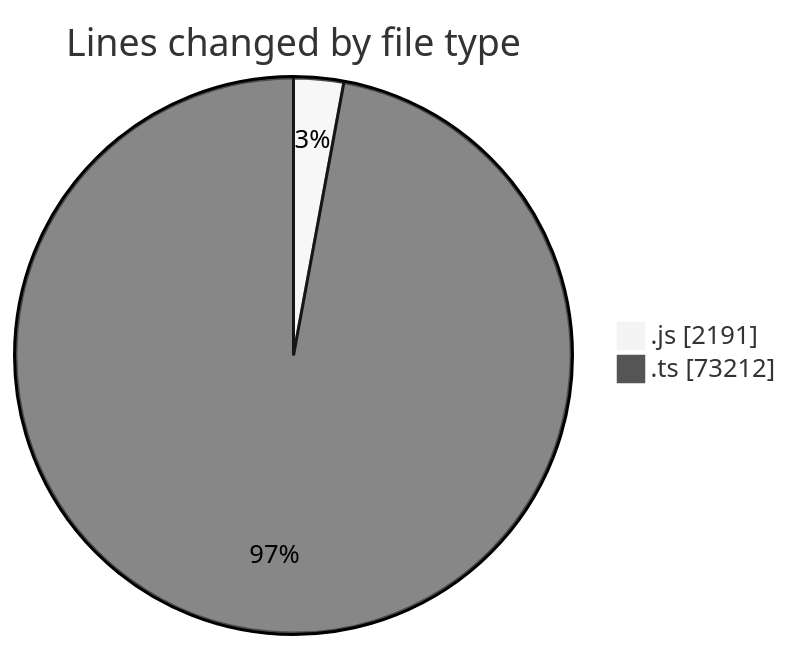
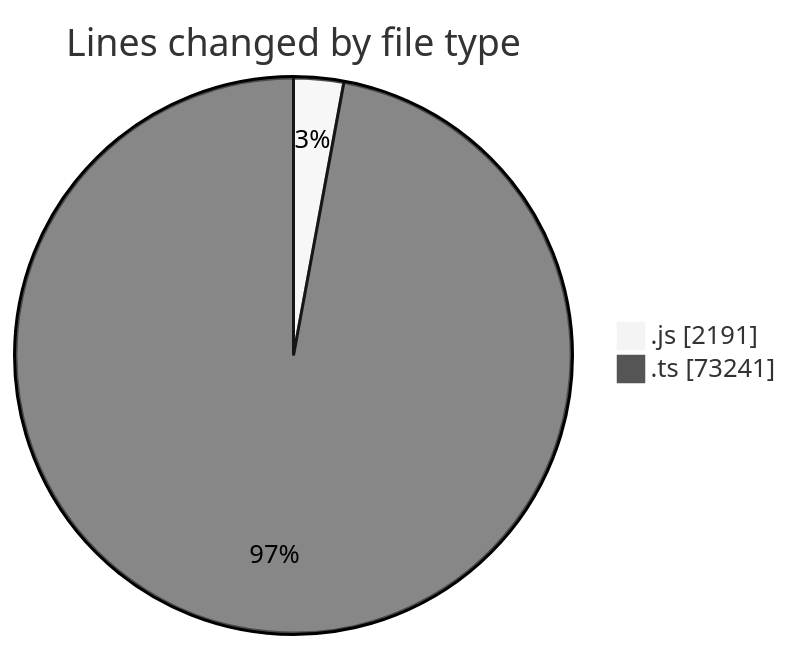
One commit to momahboobian/code-tracking changed the first of 2 diagrams in 2025-06-19/cda/README.md. Above: the diagram before and after it, drawn with Mermaid (neutral theme). The commit also changed other lines of this file and 1 other file, not shown here.

````diff
--- a/2025-06-19/cda/README.md
+++ b/2025-06-19/cda/README.md
@@ -40,6 +40,6 @@
 ```mermaid
 pie showData
 title Lines changed by file type
 ".js" : 2191
-".ts" : 73212
+".ts" : 73241
 ```
````
